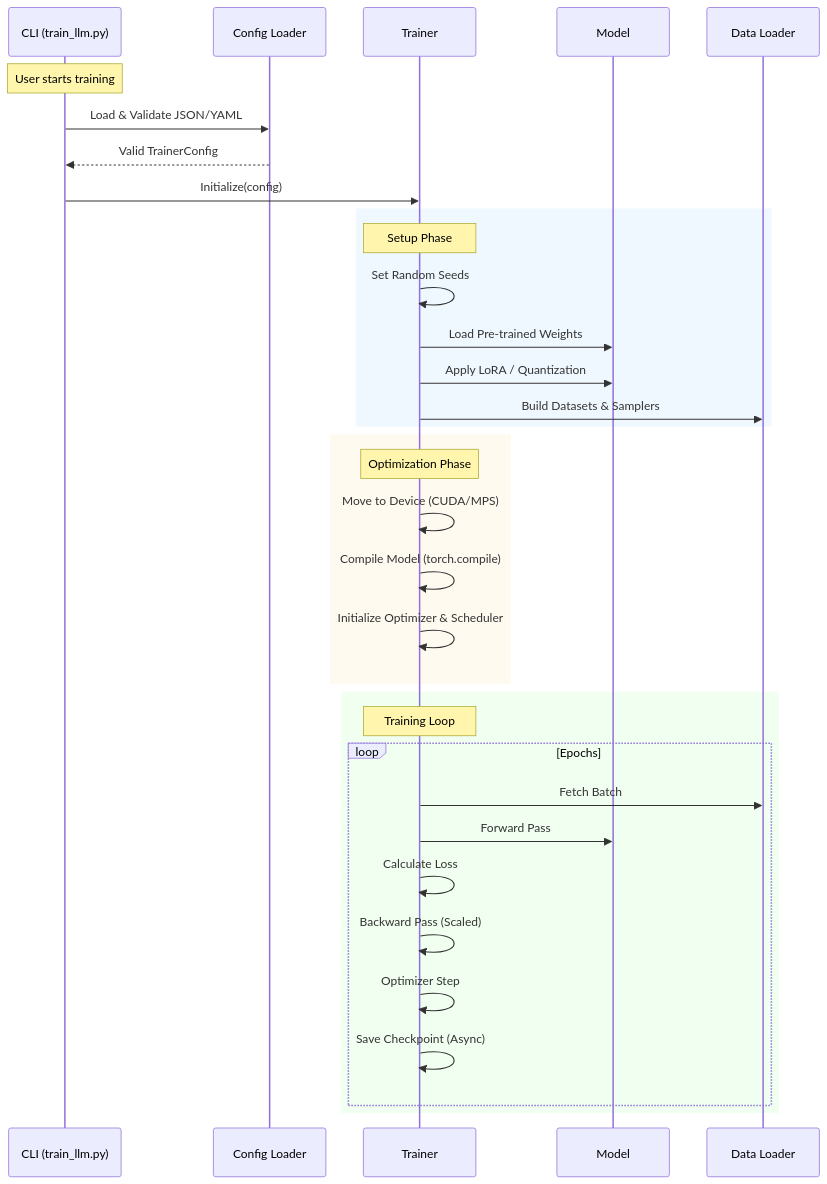
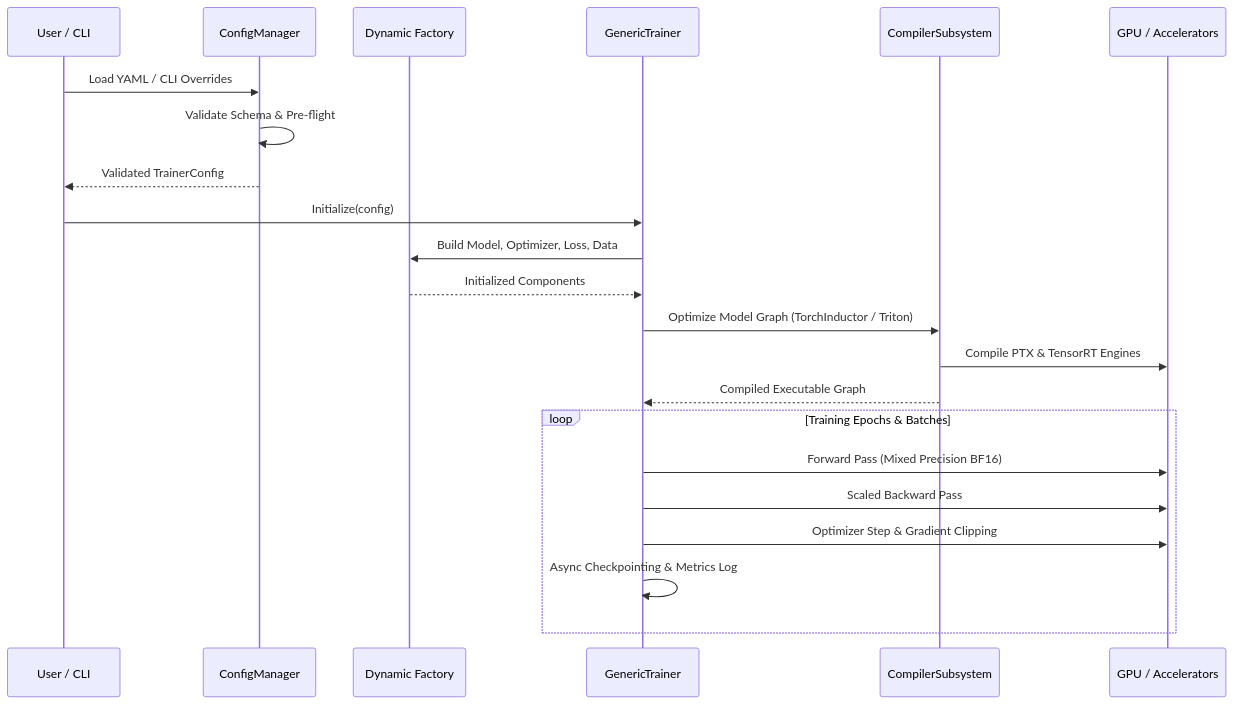
Before and after one commit to OpenBlatam/Truthgpt: the second of 2 diagrams in docs/architecture.md, drawn with Mermaid. The commit also changed other lines of this file and 153 other files, not shown here.

````diff
--- a/docs/architecture.md
+++ b/docs/architecture.md
@@ -104,41 +86,28 @@
 ```mermaid
 sequenceDiagram
-    participant CLI as CLI (train_llm.py)
-    participant Cfg as Config Loader
-    participant T as Trainer
-    participant M as Model
-    participant D as Data Loader
+    participant User as User / CLI
+    participant Config as ConfigManager
+    participant Factory as Dynamic Factory
+    participant Trainer as GenericTrainer
+    participant Compiler as CompilerSubsystem
+    participant Hardware as GPU / Accelerators
 
-    Note over CLI: User starts training
-    CLI->>Cfg: Load & Validate JSON/YAML
-    Cfg-->>CLI: Valid TrainerConfig
-    
-    CLI->>T: Initialize(config)
-    
-    rect rgb(240, 248, 255)
-    Note over T: Setup Phase
-    T->>T: Set Random Seeds
-    T->>M: Load Pre-trained Weights
-    T->>M: Apply LoRA / Quantization
-    T->>D: Build Datasets & Samplers
-    end
-    
-    rect rgb(255, 250, 240)
-    Note over T: Optimization Phase
-    T->>T: Move to Device (CUDA/MPS)
-    T->>T: Compile Model (torch.compile)
-    T->>T: Initialize Optimizer & Scheduler
-    end
+    User->>Config: Load YAML / CLI Overrides
+    Config->>Config: Validate Schema & Pre-flight
+    Config-->>User: Validated TrainerConfig
 
-    rect rgb(240, 255, 240)
-    Note over T: Training Loop
-    loop Epochs
-        T->>D: Fetch Batch
-        T->>M: Forward Pass
-        T->>T: Calculate Loss
-        T->>T: Backward Pass (Scaled)
-        T->>T: Optimizer Step
-        T->>T: Save Checkpoint (Async)
-    end
+    User->>Trainer: Initialize(config)
+    Trainer->>Factory: Build Model, Optimizer, Loss, Data
+    Factory-->>Trainer: Initialized Components
+
+    Trainer->>Compiler: Optimize Model Graph (TorchInductor / Triton)
+    Compiler->>Hardware: Compile PTX & TensorRT Engines
+    Compiler-->>Trainer: Compiled Executable Graph
+
+    loop Training Epochs & Batches
+        Trainer->>Hardware: Forward Pass (Mixed Precision BF16)
+        Trainer->>Hardware: Scaled Backward Pass
+        Trainer->>Hardware: Optimizer Step & Gradient Clipping
+        Trainer->>Trainer: Async Checkpointing & Metrics Log
     end
 ```
````
